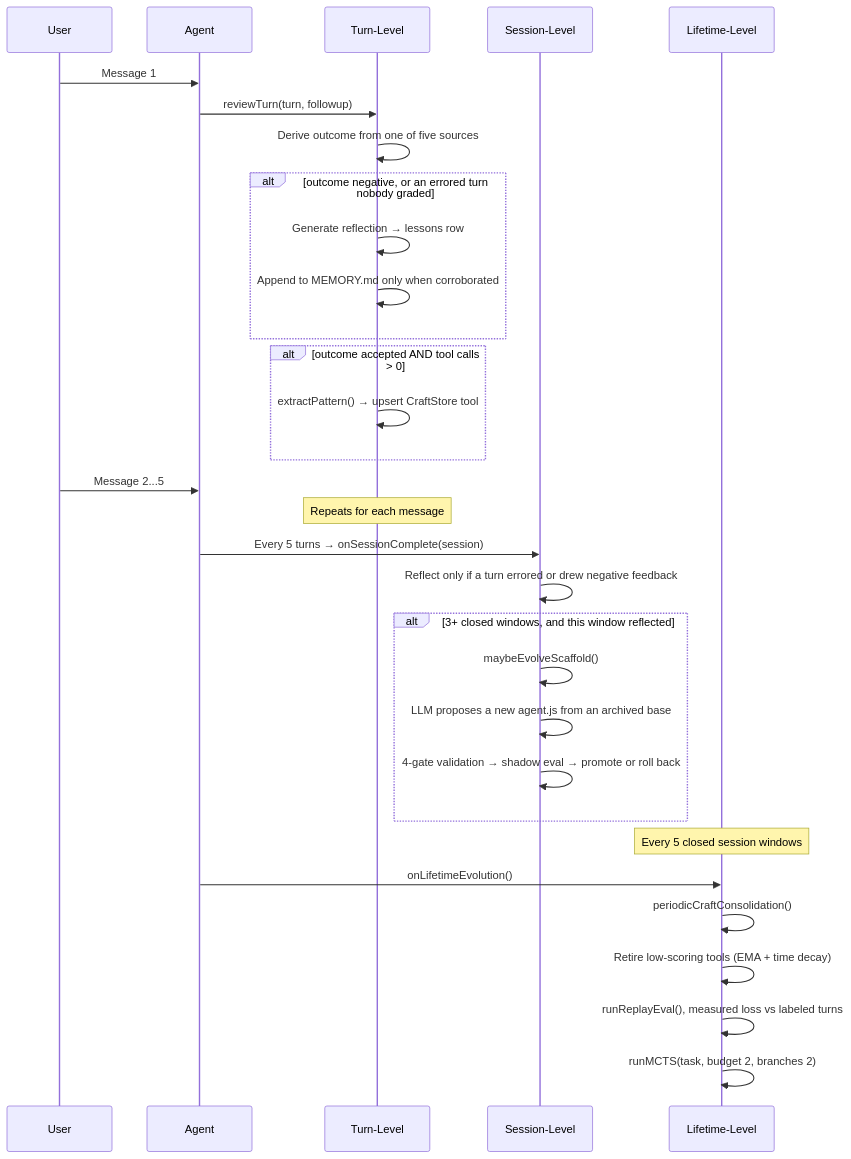
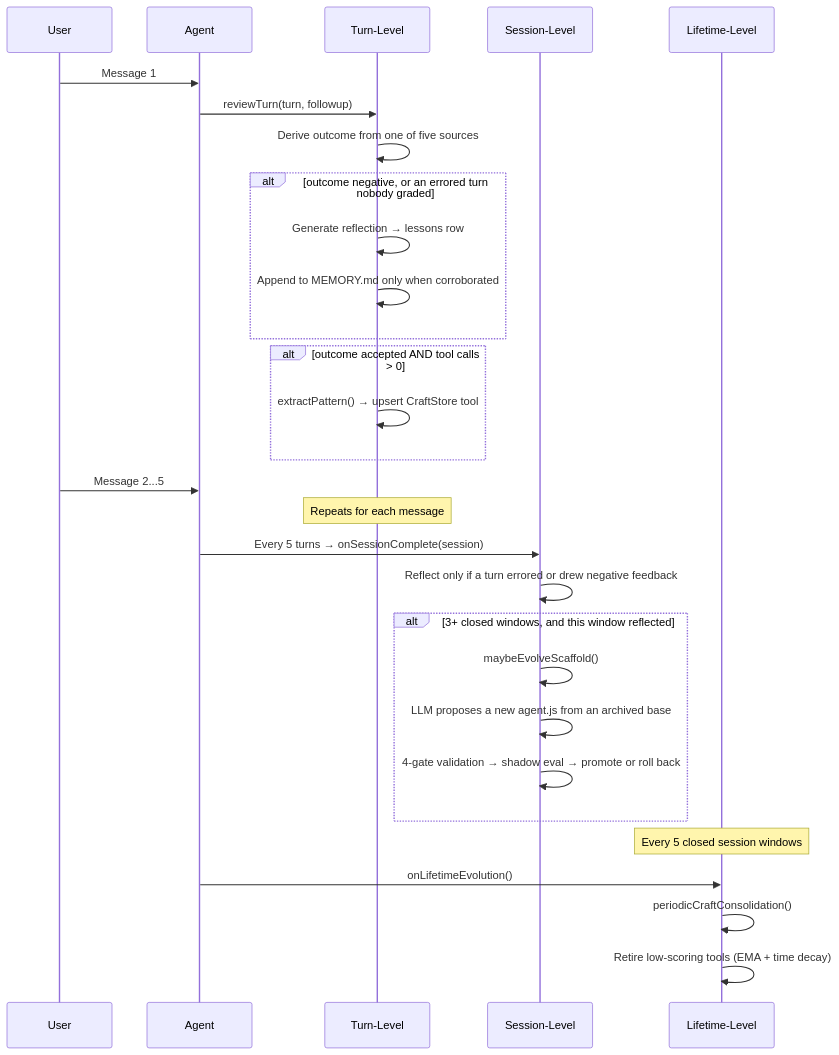
The first of 2 diagrams in docs/EVOLUTION.md (AshishKumar4/kinu), drawn with Mermaid before and after one commit. The commit also changed other lines of this file and 235 other files, not shown here.

````diff
--- a/docs/EVOLUTION.md
+++ b/docs/EVOLUTION.md
@@ -33,37 +33,35 @@
 ```mermaid
 sequenceDiagram
     participant User
     participant Agent
     participant Turn as Turn-Level
     participant Session as Session-Level
     participant Lifetime as Lifetime-Level
 
     User->>Agent: Message 1
     Agent->>Turn: reviewTurn(turn, followup)
     Turn->>Turn: Derive outcome from one of five sources
     alt outcome negative, or an errored turn nobody graded
         Turn->>Turn: Generate reflection → lessons row
         Turn->>Turn: Append to MEMORY.md only when corroborated
     end
     alt outcome accepted AND tool calls > 0
         Turn->>Turn: extractPattern() → upsert CraftStore tool
     end
 
     User->>Agent: Message 2...5
     Note over Turn: Repeats for each message
 
     Agent->>Session: Every 5 turns → onSessionComplete(session)
     Session->>Session: Reflect only if a turn errored or drew negative feedback
     alt 3+ closed windows, and this window reflected
         Session->>Session: maybeEvolveScaffold()
         Session->>Session: LLM proposes a new agent.js from an archived base
         Session->>Session: 4-gate validation → shadow eval → promote or roll back
     end
 
     Note over Lifetime: Every 5 closed session windows
     Agent->>Lifetime: onLifetimeEvolution()
     Lifetime->>Lifetime: periodicCraftConsolidation()
     Lifetime->>Lifetime: Retire low-scoring tools (EMA + time decay)
-    Lifetime->>Lifetime: runReplayEval(), measured loss vs labeled turns
-    Lifetime->>Lifetime: runMCTS(task, budget 2, branches 2)
 ```
````
